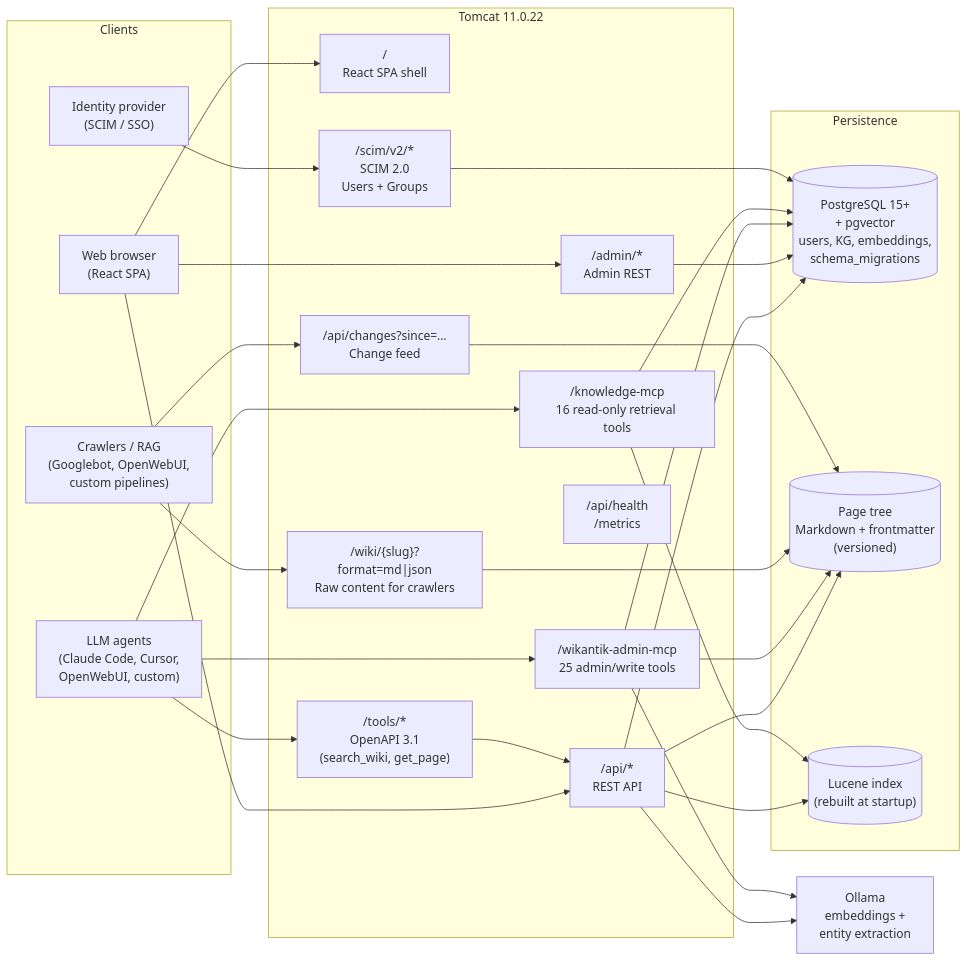
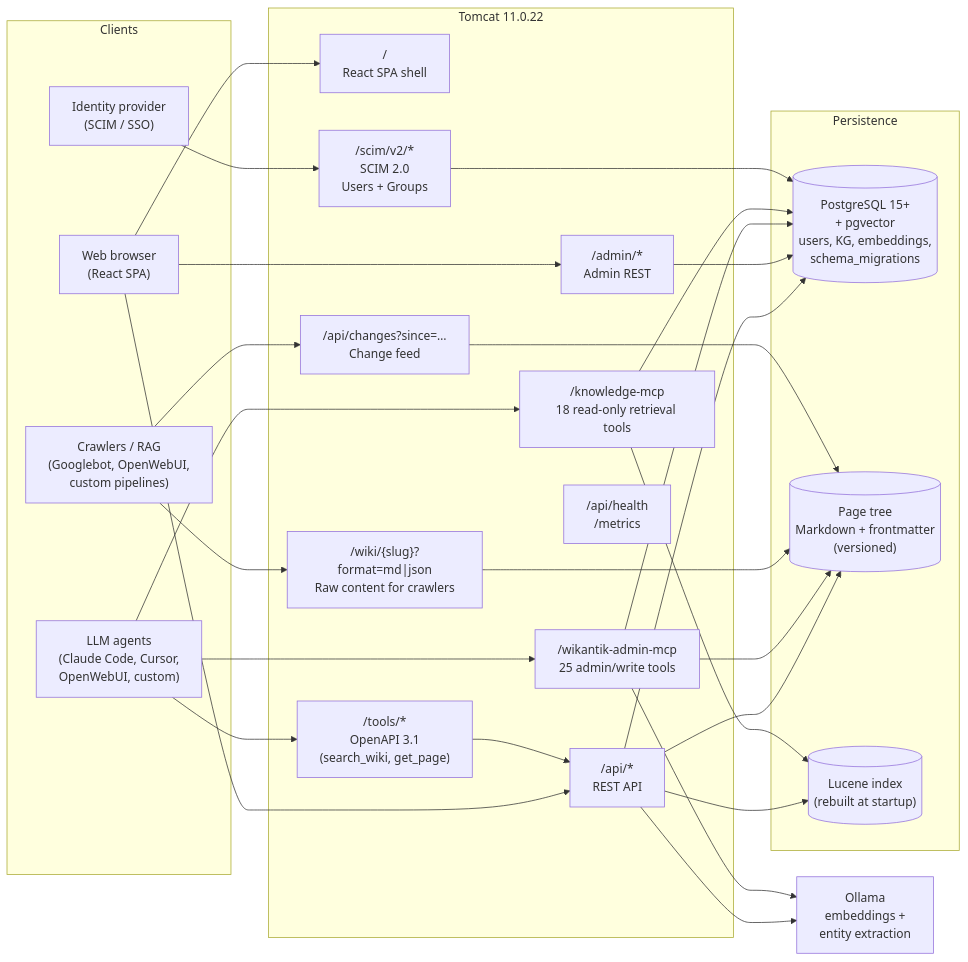
One commit to jakefearsd/wikantik changed the diagram in README.md. Above: the diagram before and after it, drawn with Mermaid. The commit also changed other lines of this file and 8 other files, not shown here.

First line of the commit message:
docs: refresh README/marketing for 2.0.15–2.0.17 + knowledge-mcp 16→18

````diff
--- a/README.md
+++ b/README.md
@@ -96,56 +96,56 @@
 ```mermaid
 flowchart LR
     subgraph clients [Clients]
         Browser["Web browser<br/>(React SPA)"]
         Agent["LLM agents<br/>(Claude Code, Cursor,<br/>OpenWebUI, custom)"]
         Crawler["Crawlers / RAG<br/>(Googlebot, OpenWebUI,<br/>custom pipelines)"]
         IdP["Identity provider<br/>(SCIM / SSO)"]
     end
 
     subgraph tomcat [Tomcat 11.0.22]
         SPA["/<br/>React SPA shell"]
         REST["/api/*<br/>REST API"]
         Admin["/admin/*<br/>Admin REST"]
         Raw["/wiki/{slug}?format=md|json<br/>Raw content for crawlers"]
         Changes["/api/changes?since=…<br/>Change feed"]
         AdminMCP["/wikantik-admin-mcp<br/>25 admin/write tools"]
-        KnowMCP["/knowledge-mcp<br/>16 read-only retrieval tools"]
+        KnowMCP["/knowledge-mcp<br/>18 read-only retrieval tools"]
         Tools["/tools/*<br/>OpenAPI 3.1<br/>(search_wiki, get_page)"]
         Scim["/scim/v2/*<br/>SCIM 2.0<br/>Users + Groups"]
         Health["/api/health<br/>/metrics"]
     end
 
     subgraph data [Persistence]
         PG[("PostgreSQL 15+<br/>+ pgvector<br/>users, KG, embeddings,<br/>schema_migrations")]
         Pages[("Page tree<br/>Markdown + frontmatter<br/>(versioned)")]
         Lucene[("Lucene index<br/>(rebuilt at startup)")]
     end
 
     Ollama["Ollama<br/>embeddings +<br/>entity extraction"]
 
     Browser --> SPA
     Browser --> REST
     Browser --> Admin
     Crawler --> Raw
     Crawler --> Changes
     Agent --> AdminMCP
     Agent --> KnowMCP
     Agent --> Tools
     IdP --> Scim
 
     REST --> PG
     REST --> Pages
     REST --> Lucene
     Admin --> PG
     AdminMCP --> PG
     AdminMCP --> Pages
     KnowMCP --> PG
     KnowMCP --> Lucene
     Raw --> Pages
     Changes --> Pages
     Tools --> REST
     Scim --> PG
 
     REST --> Ollama
     AdminMCP --> Ollama
 ```
````
